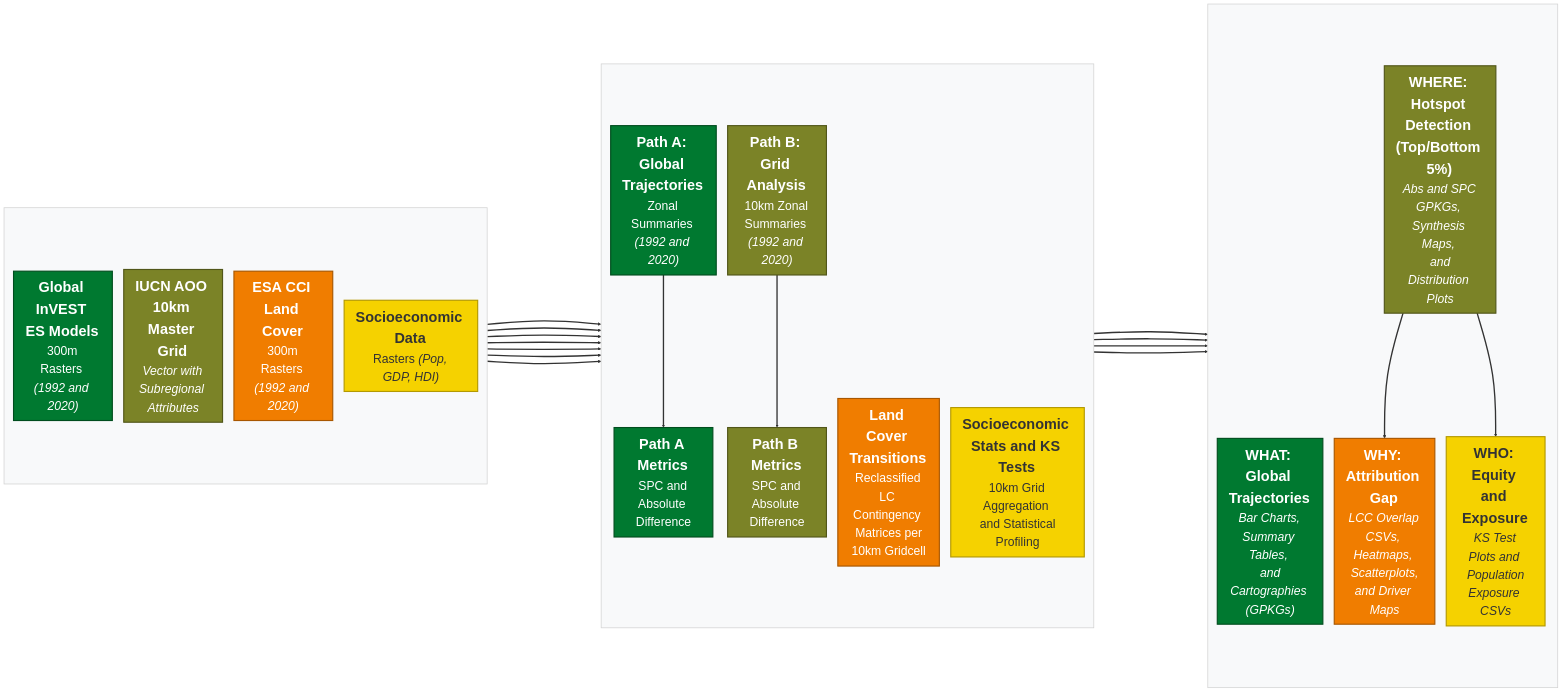
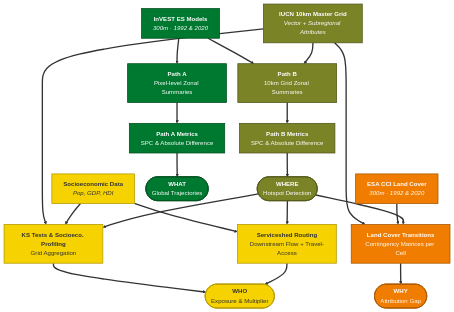
One commit to springinnovate/global_NCP changed the diagram in docs/manuscript/paper_draft.qmd. Above: the diagram before and after it, drawn with Mermaid. The commit also changed other lines of this file and 12 other files, not shown here.

First line of the commit message:
docs: book polish complete — interactive tables, Key Takeaways, attribution language

````diff
--- a/docs/manuscript/paper_draft.qmd
+++ b/docs/manuscript/paper_draft.qmd
@@ -87,80 +87,48 @@
 ```{mermaid}
 %%| label: fig-workflow
-%%| fig-cap: "The dual-pathway analytical workflow. Path A calculates global and regional trajectories from pixel-level differences, addressing the 'WHAT' question. Path B aggregates data to a 10-km grid to identify and analyze localized hotspots, addressing the 'WHERE', 'WHO', and 'WHY' questions."
-%%{init: {'flowchart': {'rankSpacing': 300, 'nodeSpacing': 30}}}%%
-flowchart LR
-    %% Subgraph Styling
-    style INPUTS fill:#F8F9FA,stroke:#D3D3D3,stroke-width:2px
-    style PROCESSING fill:#F8F9FA,stroke:#D3D3D3,stroke-width:2px
-    style OUTPUTS fill:#F8F9FA,stroke:#D3D3D3,stroke-width:2px
+%%| fig-cap: "Analytical workflow. Node color denotes research pillar: green (WHAT), olive (WHERE), orange (WHY), yellow (WHO). Path A produces global trajectories; Path B hotspots feed attribution analysis and two parallel WHO branches — socioeconomic profiling and off-site serviceshed routing."
+%%{init: {'flowchart': {'rankSpacing': 55, 'nodeSpacing': 30}}}%%
+flowchart TB
+    RawES["<b>InVEST ES Models</b><br/><i>300m · 1992 & 2020</i>"]
+    RawGrid["<b>IUCN 10km Master Grid</b><br/><i>Vector + Subregional Attributes</i>"]
+    RawLC["<b>ESA CCI Land Cover</b><br/><i>300m · 1992 & 2020</i>"]
+    RawSoc["<b>Socioeconomic Data</b><br/><i>Pop, GDP, HDI</i>"]
 
-    %% Input Layer
-    subgraph INPUTS [" "]
-        direction TB
-        RawES["<span style='font-size: 38px;'><b>Global InVEST ES Models</b></span> <br/> <span style='font-size: 32px;'>300m Rasters <i>(1992 and 2020)</i></span>"]
-        RawGrid["<span style='font-size: 38px;'><b>IUCN AOO 10km Master Grid</b></span> <br/> <span style='font-size: 32px;'><i>Vector with Subregional Attributes</i></span>"]
-        RawLC["<span style='font-size: 38px;'><b>ESA CCI Land Cover</b></span> <br/> <span style='font-size: 32px;'>300m Rasters <i>(1992 and 2020)</i></span>"]
-        RawSoc["<span style='font-size: 38px;'><b>Socioeconomic Data</b></span> <br/> <span style='font-size: 32px;'>Rasters <i>(Pop, GDP, HDI)</i></span>"]
-    end
+    IntA["<b>Path A</b><br/>Pixel-level Zonal Summaries"]
+    MathA["<b>Path A Metrics</b><br/>SPC & Absolute Difference"]
 
-    %% Processing Layer
-    subgraph PROCESSING [" "]
-        direction TB
-        IntA["<span style='font-size: 38px;'><b>Path A: Global Trajectories</b></span> <br/> <span style='font-size: 32px;'>Zonal Summaries <i>(1992 and 2020)</i></span>"]
-        MathA["<span style='font-size: 38px;'><b>Path A Metrics</b></span> <br/> <span style='font-size: 32px;'>SPC and Absolute Difference</span>"]
+    IntB["<b>Path B</b><br/>10km Grid Zonal Summaries"]
+    MathB["<b>Path B Metrics</b><br/>SPC & Absolute Difference"]
 
-        IntB["<span style='font-size: 38px;'><b>Path B: Grid Analysis</b></span> <br/> <span style='font-size: 32px;'>10km Zonal Summaries <i>(1992 and 2020)</i></span>"]
-        MathB["<span style='font-size: 38px;'><b>Path B Metrics</b></span> <br/> <span style='font-size: 32px;'>SPC and Absolute Difference</span>"]
+    MathLC["<b>Land Cover Transitions</b><br/>Contingency Matrices per Cell"]
+    MathSoc["<b>KS Tests &amp; Socioeco. Profiling</b><br/>Grid Aggregation"]
+    MathBenef["<b>Serviceshed Routing</b><br/>Downstream Flow + Travel-Access"]
 
-        MathLC["<span style='font-size: 38px;'><b>Land Cover Transitions</b></span> <br/> <span style='font-size: 32px;'>Reclassified LC Contingency <br/> Matrices per 10km Gridcell</span>"]
-        MathSoc["<span style='font-size: 38px;'><b>Socioeconomic Stats and KS Tests</b></span> <br/> <span style='font-size: 32px;'>10km Grid Aggregation <br/> and Statistical Profiling</span>"]
-    end
+    P1(["<b>WHAT</b><br/>Global Trajectories"])
+    P2(["<b>WHERE</b><br/>Hotspot Detection"])
+    P3(["<b>WHY</b><br/>Attribution Gap"])
+    P4(["<b>WHO</b><br/>Exposure &amp; Multiplier"])
 
-    %% Outputs Layer
-    subgraph OUTPUTS [" "]
-        direction TB
-        P1["<span style='font-size: 38px;'><b>WHAT: Global Trajectories</b></span> <br/> <i style='font-size: 32px; font-weight: normal;'>Bar Charts, Summary Tables, <br/> and Cartographies (GPKGs)</i>"]
-        P2["<span style='font-size: 38px;'><b>WHERE: Hotspot Detection (Top/Bottom 5%)</b></span> <br/> <i style='font-size: 32px; font-weight: normal;'>Abs and SPC GPKGs, Synthesis Maps, <br/> and Distribution Plots</i>"]
-        P3["<span style='font-size: 38px;'><b>WHY: Attribution Gap</b></span> <br/> <i style='font-size: 32px; font-weight: normal;'>LCC Overlap CSVs, Heatmaps, <br/> Scatterplots, and Driver Maps</i>"]
-        P4["<span style='font-size: 38px;'><b>WHO: Equity and Exposure</b></span> <br/> <i style='font-size: 32px; font-weight: normal;'>KS Test Plots and <br/> Population Exposure CSVs</i>"]
-    end
+    RawES ==> IntA & IntB
+    RawGrid ==> IntB & MathLC & MathSoc
+    RawLC ==> MathLC
+    RawSoc ==> MathSoc & MathBenef
 
-    %% Logical Connections
-    RawGrid ==> IntB
-    RawGrid ==> MathLC
-    RawGrid ==> MathSoc
+    IntA ==> MathA ==> P1
+    IntB ==> MathB ==> P2
 
-    RawES ==> IntA
-    RawES ==> IntB
+    P2 ==> MathLC & MathSoc & MathBenef
+    MathLC ==> P3
+    MathSoc ==> P4
+    MathBenef ==> P4
 
-    IntA ==> MathA
-    IntB ==> MathB
+    classDef c_what fill:#007930,stroke:#004D1E,stroke-width:2px,color:#FFF;
+    classDef c_where fill:#7B8327,stroke:#515619,stroke-width:2px,color:#FFF;
+    classDef c_why fill:#F07D00,stroke:#A85700,stroke-width:2px,color:#FFF;
+    classDef c_who fill:#F5D200,stroke:#B39900,stroke-width:2px,color:#333;
 
-    MathA ==> P1
-    MathB ==> P2
-
-    %% Downstream Analysis from Hotspots (P2)
-    P2 ==> P3
-    RawLC ==> MathLC
-    MathLC ==> P3
-
-    P2 ==> P4
-    RawSoc ==> MathSoc
-    MathSoc ==> P4
-
-    %% Layout Guides
-    RawSoc ~~~ MathSoc
-    IntA ~~~ P1
-
-    %% CANONICAL COLOR CLASSES (Matching Circular Diagram)
-    classDef c_what fill:#007930,stroke:#004D1E,stroke-width:3px,color:#FFF;
-    classDef c_where fill:#7B8327,stroke:#515619,stroke-width:3px,color:#FFF;
-    classDef c_why fill:#F07D00,stroke:#A85700,stroke-width:3px,color:#FFF;
-    classDef c_who fill:#F5D200,stroke:#B39900,stroke-width:3px,color:#333;
-
-    %% Pillar Assignments
     class RawES,IntA,MathA,P1 c_what;
     class RawGrid,IntB,MathB,P2 c_where;
     class RawLC,MathLC,P3 c_why;
-    class RawSoc,MathSoc,P4 c_who;
+    class RawSoc,MathSoc,MathBenef,P4 c_who;
 ```
````
